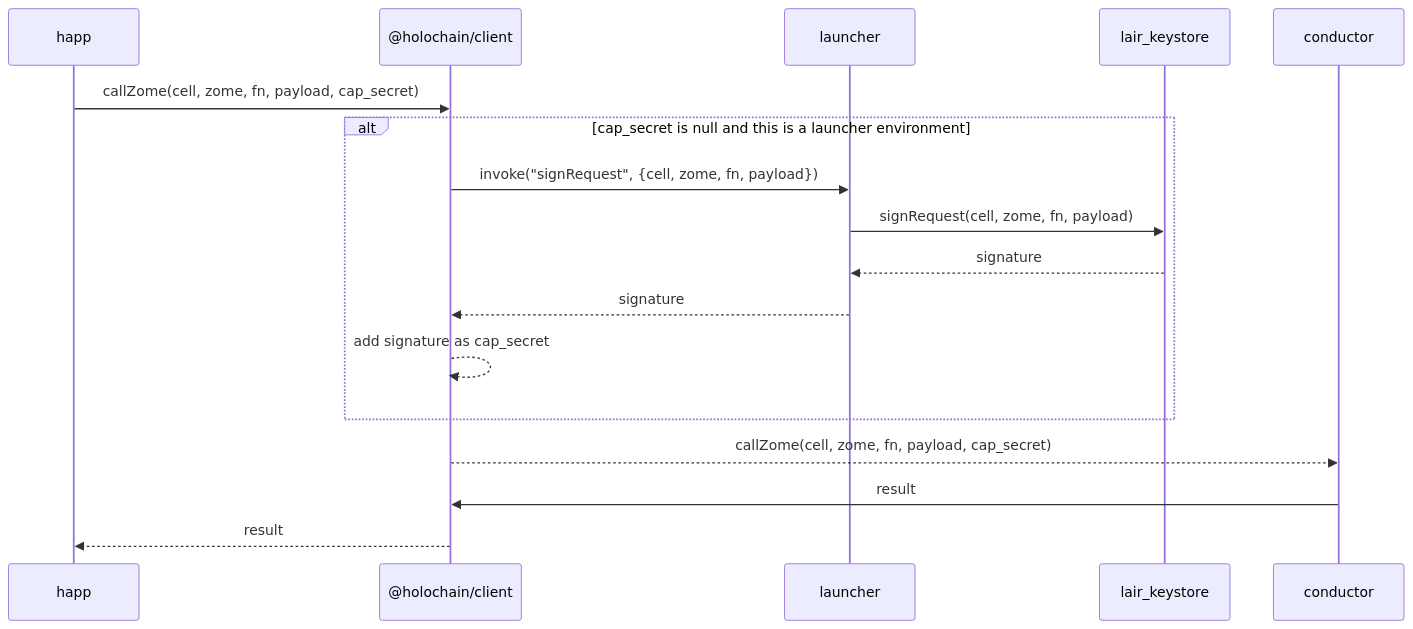
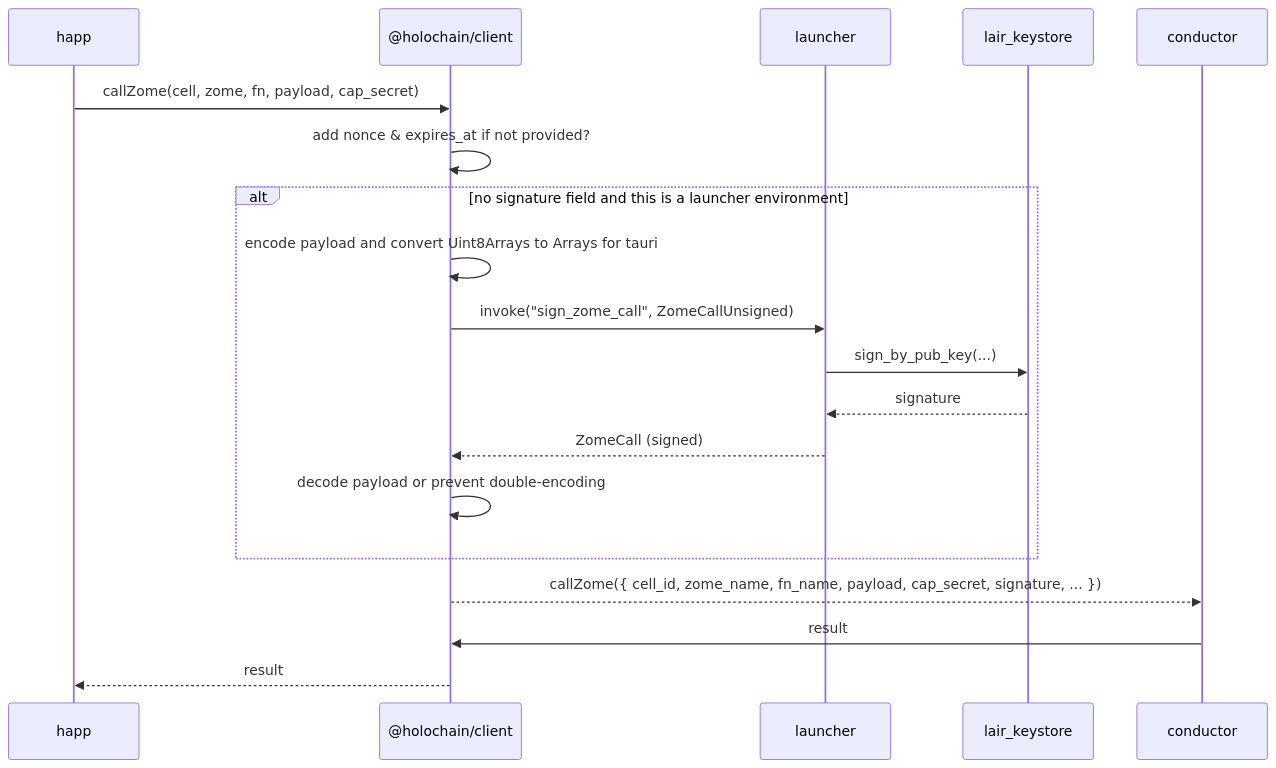
Before and after one commit to holochain/launcher-tauri: the third of 4 diagrams in docs/architecture.md, drawn with Mermaid. The commit also changed 14 other files, not shown here.

````diff
--- a/docs/architecture.md
+++ b/docs/architecture.md
@@ -48,16 +48,18 @@
 ```mermaid
 sequenceDiagram
 
 happ->>@holochain/client: callZome(cell, zome, fn, payload, cap_secret)
-alt cap_secret is null and this is a launcher environment
-  @holochain/client->>launcher: invoke("signRequest", {cell, zome, fn, payload})
-  launcher->>lair_keystore: signRequest(cell, zome, fn, payload)
+@holochain/client ->> @holochain/client: add nonce & expires_at if not provided?
+alt no signature field and this is a launcher environment
+  @holochain/client->>@holochain/client: encode payload and convert Uint8Arrays to Arrays for tauri
+  @holochain/client->>launcher: invoke("sign_zome_call", ZomeCallUnsigned)
+  launcher->>lair_keystore: sign_by_pub_key(...)
   lair_keystore-->>launcher: signature
-  launcher-->>@holochain/client: signature
-  @holochain/client-->>@holochain/client: add signature as cap_secret
+  launcher-->>@holochain/client: ZomeCall (signed)
+  @holochain/client->>@holochain/client: decode payload or prevent double-encoding
 end
 
-@holochain/client-->>conductor: callZome(cell, zome, fn, payload, cap_secret)
+@holochain/client-->>conductor: callZome({ cell_id, zome_name, fn_name, payload, cap_secret, signature, ... })
 conductor->>@holochain/client: result
 @holochain/client-->>happ: result
 ```
````
